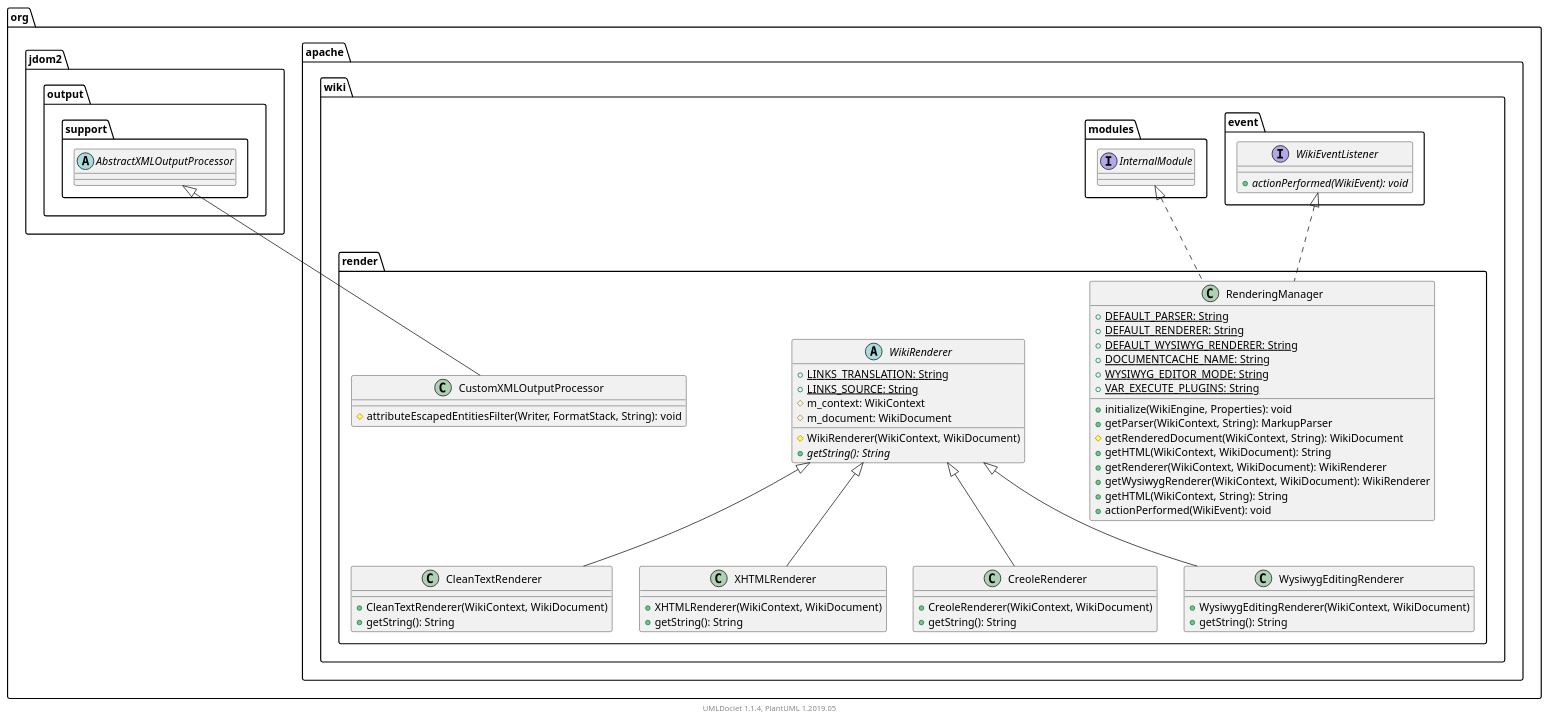
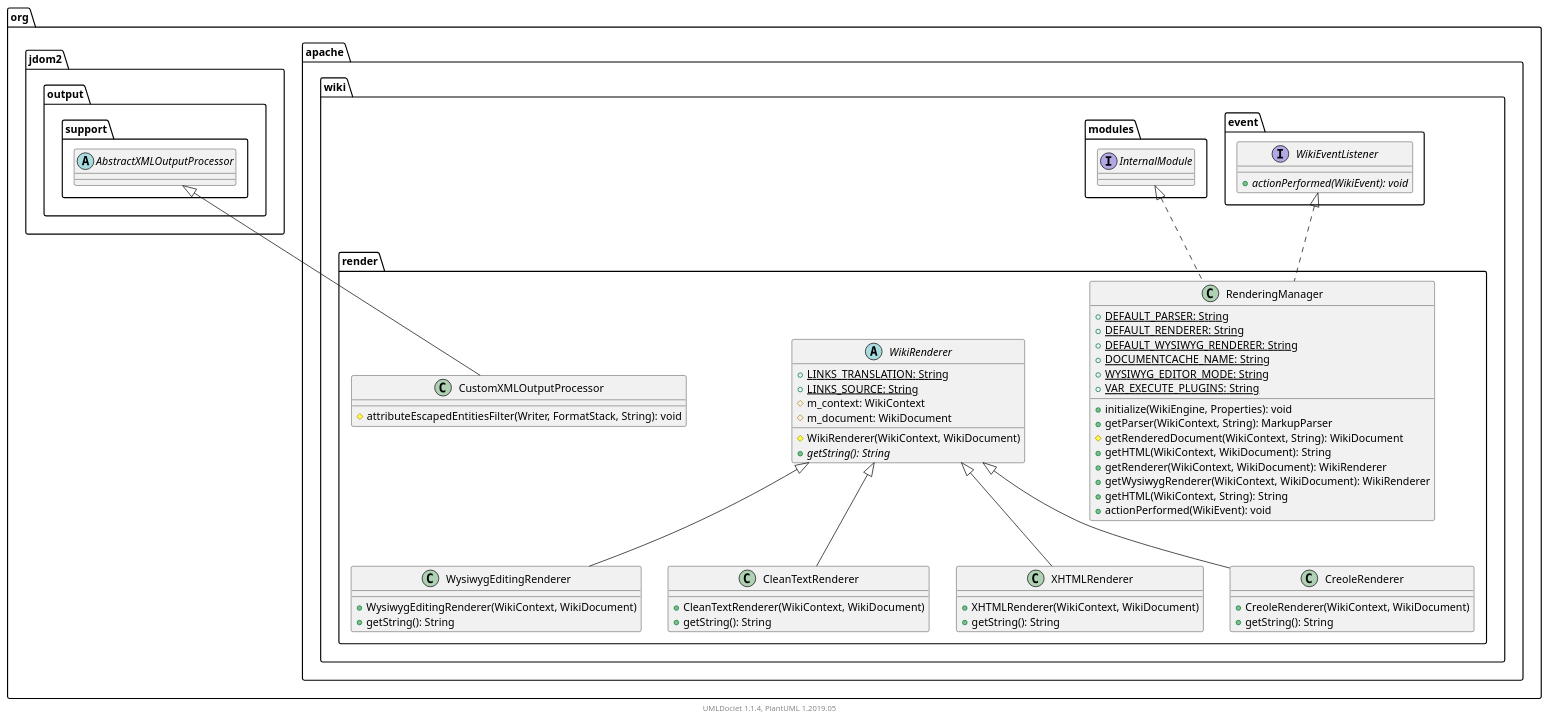
One commit to apache/jspwiki-site changed the diagram in apidocs/2.11.0.M6-SNAPSHOT/org/apache/wiki/render/package.puml. Above: the diagram before and after it, drawn with PlantUML. The commit also changed other lines of this file and 1588 other files, not shown here.

```diff
--- a/apidocs/2.11.0.M6-SNAPSHOT/org/apache/wiki/render/package.puml
+++ b/apidocs/2.11.0.M6-SNAPSHOT/org/apache/wiki/render/package.puml
@@ -1,78 +1,78 @@
 @startuml
 
     namespace org.apache.wiki.render {
 
-        class CustomXMLOutputProcessor [[CustomXMLOutputProcessor.html]] {
-            #attributeEscapedEntitiesFilter(Writer, FormatStack, String): void
+        class WysiwygEditingRenderer [[WysiwygEditingRenderer.html]] {
+            +WysiwygEditingRenderer(WikiContext, WikiDocument)
+            +getString(): String
         }
 
         class CleanTextRenderer [[CleanTextRenderer.html]] {
             +CleanTextRenderer(WikiContext, WikiDocument)
             +getString(): String
+        }
+
+        class CustomXMLOutputProcessor [[CustomXMLOutputProcessor.html]] {
+            #attributeEscapedEntitiesFilter(Writer, FormatStack, String): void
         }
 
         class XHTMLRenderer [[XHTMLRenderer.html]] {
             +XHTMLRenderer(WikiContext, WikiDocument)
             +getString(): String
         }
 
         abstract class WikiRenderer [[WikiRenderer.html]] {
             {static} +LINKS_TRANSLATION: String
             {static} +LINKS_SOURCE: String
             #m_context: WikiContext
             #m_document: WikiDocument
             #WikiRenderer(WikiContext, WikiDocument)
             {abstract} +getString(): String
         }
 
         class RenderingManager [[RenderingManager.html]] {
             {static} +DEFAULT_PARSER: String
             {static} +DEFAULT_RENDERER: String
             {static} +DEFAULT_WYSIWYG_RENDERER: String
             {static} +DOCUMENTCACHE_NAME: String
             {static} +WYSIWYG_EDITOR_MODE: String
             {static} +VAR_EXECUTE_PLUGINS: String
             +initialize(WikiEngine, Properties): void
             +getParser(WikiContext, String): MarkupParser
             #getRenderedDocument(WikiContext, String): WikiDocument
             +getHTML(WikiContext, WikiDocument): String
             +getRenderer(WikiContext, WikiDocument): WikiRenderer
             +getWysiwygRenderer(WikiContext, WikiDocument): WikiRenderer
             +getHTML(WikiContext, String): String
             +actionPerformed(WikiEvent): void
         }
 
         class CreoleRenderer [[CreoleRenderer.html]] {
             +CreoleRenderer(WikiContext, WikiDocument)
             +getString(): String
         }
 
-        class WysiwygEditingRenderer [[WysiwygEditingRenderer.html]] {
-            +WysiwygEditingRenderer(WikiContext, WikiDocument)
-            +getString(): String
-        }
+        WikiRenderer <|-- WysiwygEditingRenderer
+
+        WikiRenderer <|-- CleanTextRenderer
 
         abstract class org.jdom2.output.support.AbstractXMLOutputProcessor
         org.jdom2.output.support.AbstractXMLOutputProcessor <|-- CustomXMLOutputProcessor
-
-        WikiRenderer <|-- CleanTextRenderer
 
         WikiRenderer <|-- XHTMLRenderer
 
         interface org.apache.wiki.event.WikiEventListener {
             {abstract} +actionPerformed(WikiEvent): void
         }
         org.apache.wiki.event.WikiEventListener <|.. RenderingManager
 
         interface org.apache.wiki.modules.InternalModule
         org.apache.wiki.modules.InternalModule <|.. RenderingManager
 
         WikiRenderer <|-- CreoleRenderer
 
-        WikiRenderer <|-- WysiwygEditingRenderer
-
     }
 
 
     center footer UMLDoclet 1.1.4, PlantUML 1.2019.05
 @enduml
```
